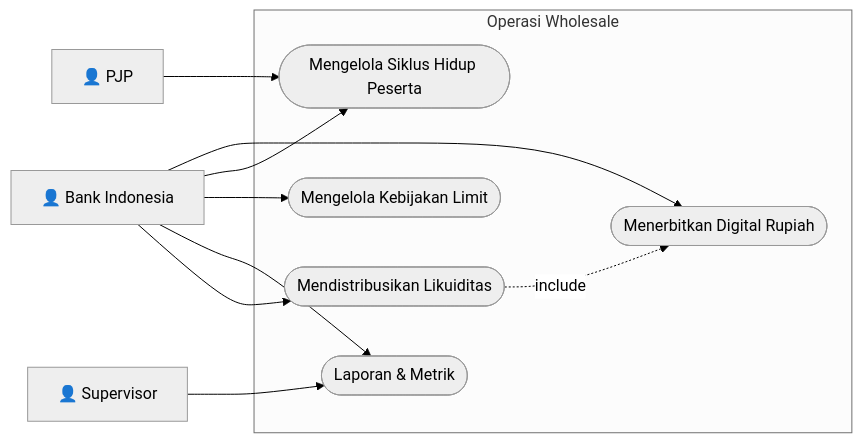
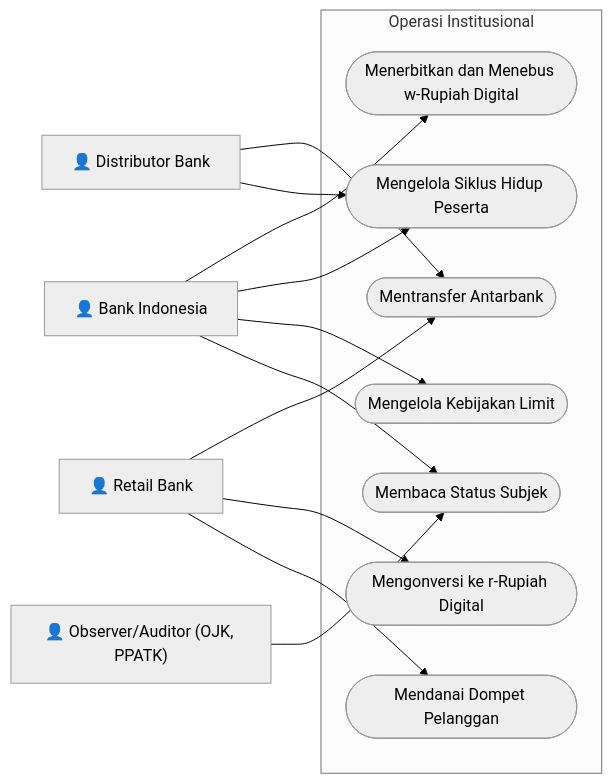
Before and after one commit to mfachrizalg/bi-coin: the second of 3 diagrams in bi-coin-fabric/docs/diagrams/mermaid/use-case-diagrams.md, drawn with Mermaid. The commit also changed other lines of this file and 364 other files, not shown here.

````diff
--- a/bi-coin-fabric/docs/diagrams/mermaid/use-case-diagrams.md
+++ b/bi-coin-fabric/docs/diagrams/mermaid/use-case-diagrams.md
@@ -51,25 +56,29 @@
 ```mermaid
 %%{init: {'theme': 'neutral', 'themeVariables': {'primaryColor': '#ffffff', 'primaryBorderColor': '#000000', 'lineColor': '#000000'}}}%%
 flowchart LR
     BI[👤 Bank Indonesia]
-    PJP[👤 PJP]
-    SV[👤 Supervisor]
+    DB["👤 Distributor Bank"]
+    RB["👤 Retail Bank"]
+    OBS["👤 Observer/Auditor (OJK, PPATK)"]
 
-    subgraph WHO["Operasi Wholesale"]
-        UC1([Menerbitkan Digital Rupiah])
-        UC2([Mendistribusikan Likuiditas])
+    subgraph WHO["Operasi Institusional"]
+        UC1([Menerbitkan dan Menebus w-Rupiah Digital])
+        UC2([Mentransfer Antarbank])
         UC3([Mengelola Siklus Hidup Peserta])
         UC4([Mengelola Kebijakan Limit])
-        UC6([Laporan & Metrik])
+        UC6([Membaca Status Subjek])
+        UC7([Mengonversi ke r-Rupiah Digital])
+        UC8([Mendanai Dompet Pelanggan])
     end
 
     BI --> UC1
     BI --> UC3
     BI --> UC4
     BI --> UC6
-    BI --> UC2
-    PJP --> UC3
-    SV --> UC6
-
-    UC2 -.->|include| UC1
+    DB --> UC2
+    DB --> UC3
+    RB --> UC2
+    RB --> UC7
+    RB --> UC8
+    OBS --> UC6
 ```
````
